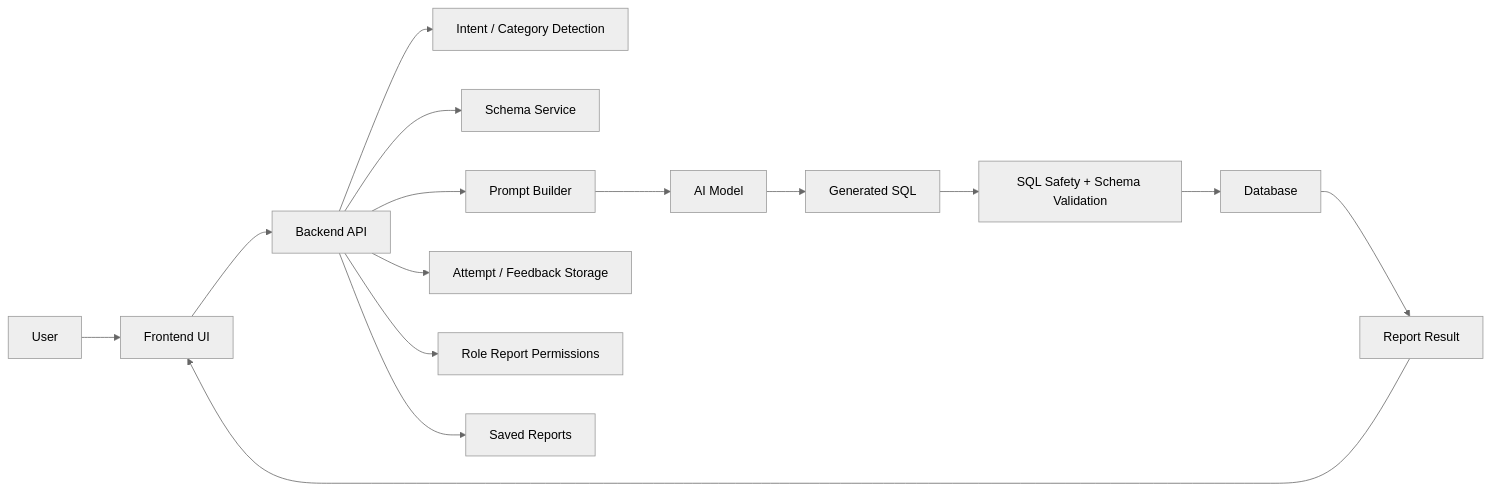
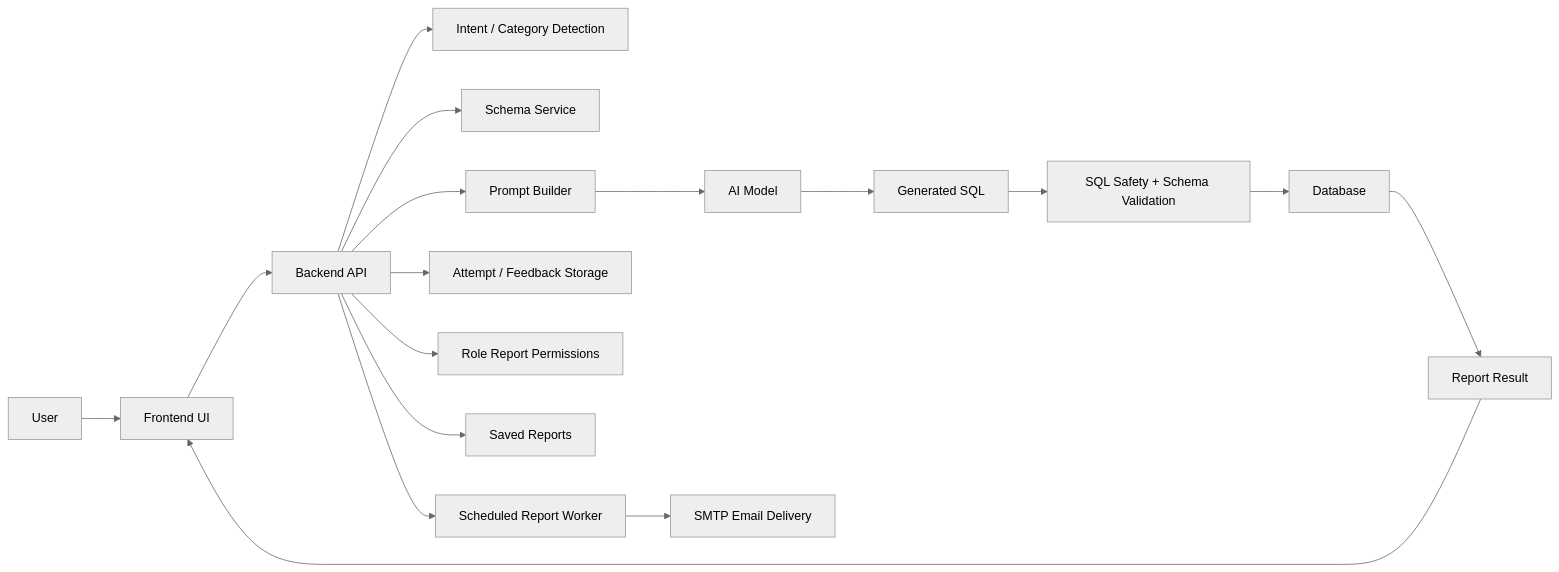
One commit to dhiraj-solace/Dewita-AI-Reporting-JSR changed the diagram in docs/AI_REPORTING_SYSTEM_PROJECT_PLAN.md. Above: the diagram before and after it, drawn with Mermaid (neutral theme). The commit also changed other lines of this file and 20 other files, not shown here.

Commit message:
Added scheduled report + admin ui(NP)  Tetsed

````diff
--- a/docs/AI_REPORTING_SYSTEM_PROJECT_PLAN.md
+++ b/docs/AI_REPORTING_SYSTEM_PROJECT_PLAN.md
@@ -62,17 +65,19 @@
 ```mermaid
 flowchart LR
   User["User"] --> UI["Frontend UI"]
   UI --> API["Backend API"]
   API --> Intent["Intent / Category Detection"]
   API --> Schema["Schema Service"]
   API --> Prompt["Prompt Builder"]
   Prompt --> AI["AI Model"]
   AI --> SQL["Generated SQL"]
   SQL --> Guard["SQL Safety + Schema Validation"]
   Guard --> DB["Database"]
   DB --> Result["Report Result"]
   Result --> UI
   API --> Audit["Attempt / Feedback Storage"]
   API --> RBAC["Role Report Permissions"]
   API --> Saved["Saved Reports"]
+  API --> Scheduler["Scheduled Report Worker"]
+  Scheduler --> Email["SMTP Email Delivery"]
 ```
````
